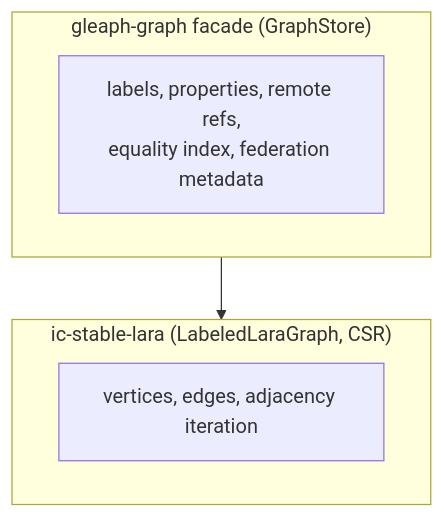
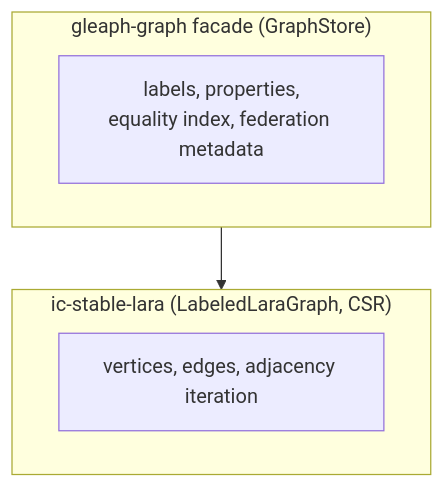
One commit to perforate-org/gleaph changed the diagram in design/storage/lara-and-facade.md. Above: the diagram before and after it, drawn with Mermaid. The commit also changed other lines of this file and 46 other files, not shown here.

First line of the commit message:
refactor(federation): drop remote stable, repack LARA ids, rename RemoteVertexId

````diff
--- a/design/storage/lara-and-facade.md
+++ b/design/storage/lara-and-facade.md
@@ -17,10 +19,10 @@
 ```mermaid
 flowchart TB
     subgraph Facade["gleaph-graph facade (GraphStore)"]
-        F["labels, properties, remote refs,<br/>equality index, federation metadata"]
+        F["labels, properties,<br/>equality index, federation metadata"]
     end
     subgraph Lara["ic-stable-lara (LabeledLaraGraph, CSR)"]
         L["vertices, edges, adjacency iteration"]
     end
     Facade --> Lara
 ```
````
